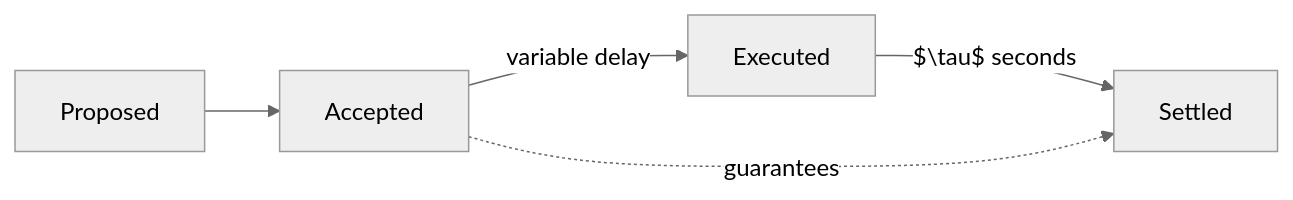
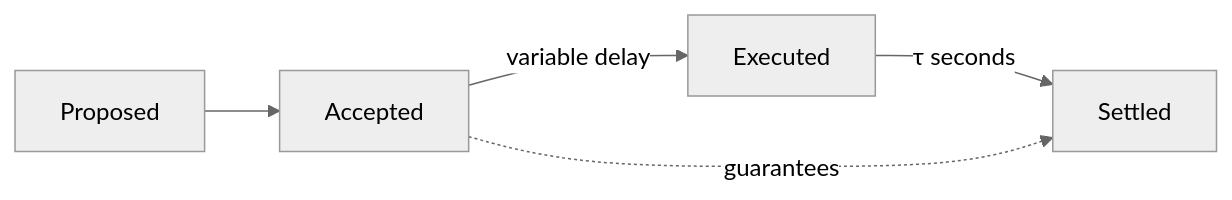
The second of 3 diagrams in ACPs/194-streaming-asynchronous-execution/README.md (StephenButtolph/ACPs), drawn with Mermaid (neutral theme) before and after one commit.

````diff
--- a/ACPs/194-streaming-asynchronous-execution/README.md
+++ b/ACPs/194-streaming-asynchronous-execution/README.md
@@ -54,7 +54,7 @@
 ```mermaid
 flowchart LR
     I[Proposed] --> A[Accepted]
     A -->|variable delay| E[Executed]
-    E -->|$\tau$ seconds| S[Settled]
+    E -->|τ seconds| S[Settled]
     A -. guarantees .-> S
 ```
````
